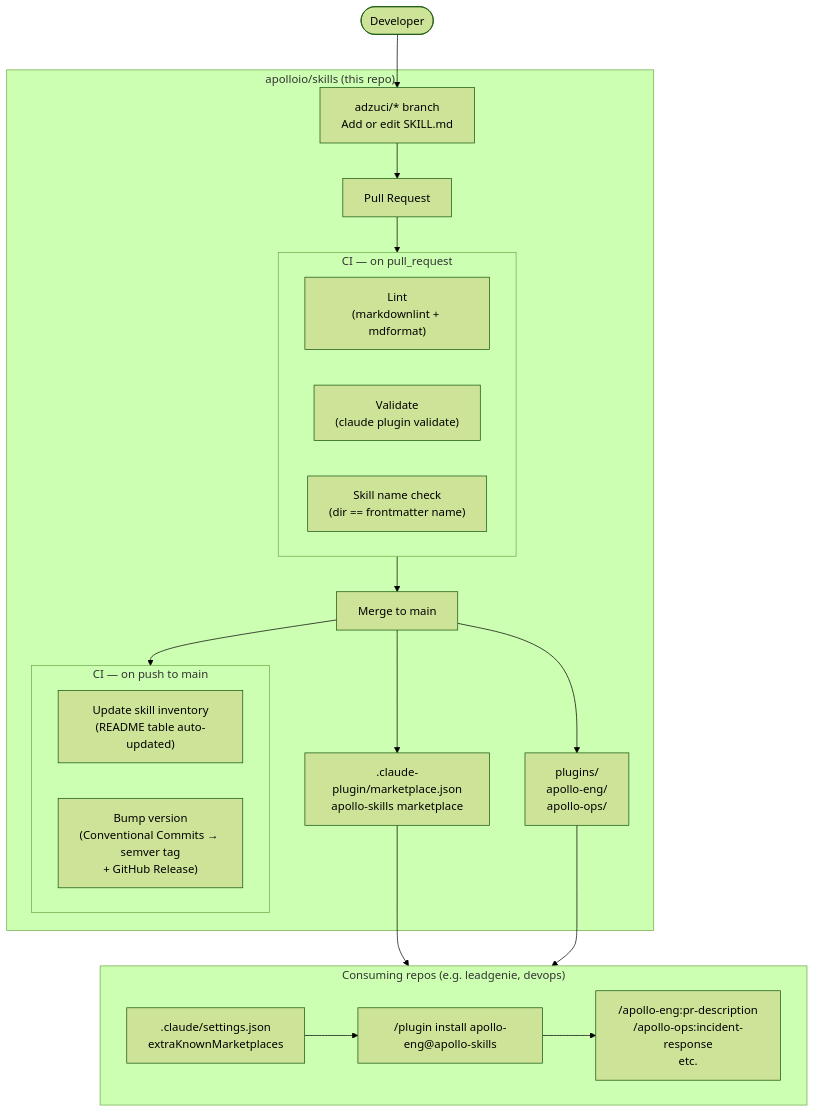
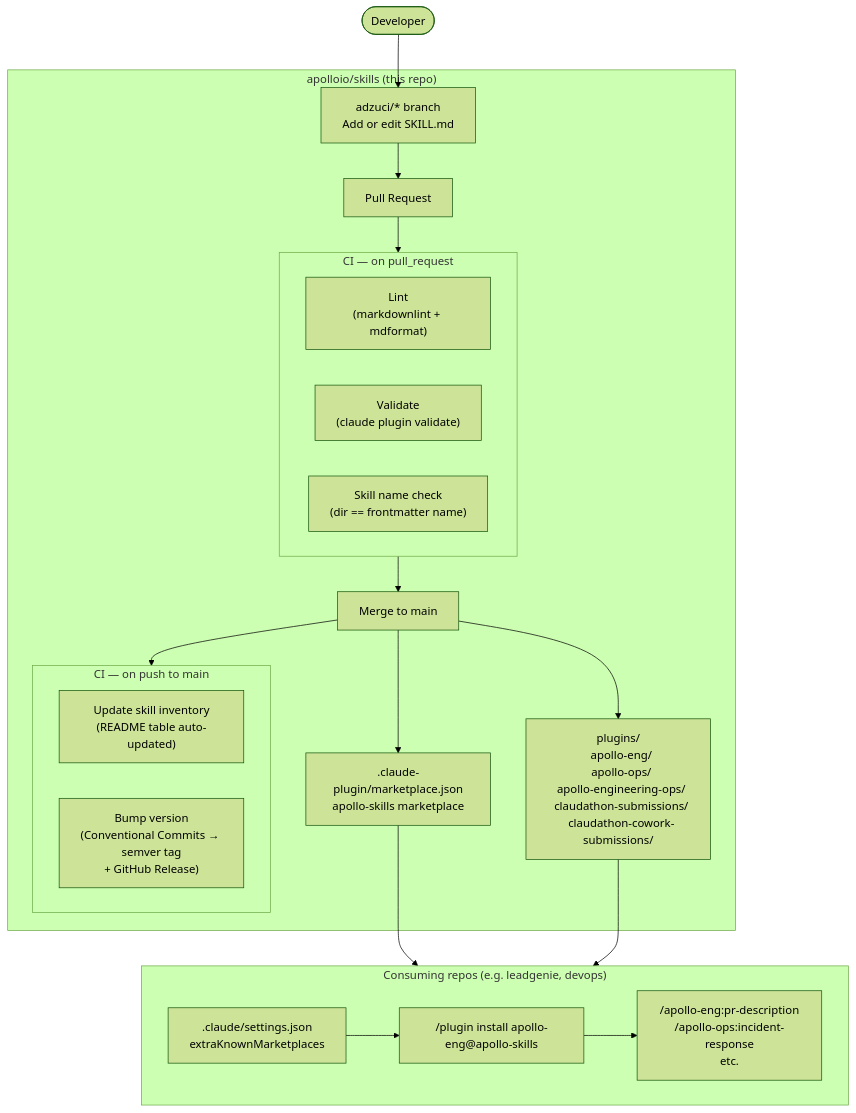
The diagram in README.md (adzuci/claude-plugins), drawn with Mermaid (forest theme) before and after one commit. The commit also changed other lines of this file and 8 other files, not shown here.

````diff
--- a/README.md
+++ b/README.md
@@ -9,39 +9,39 @@
 ```mermaid
 flowchart TD
     dev([Developer])
 
     subgraph repo["apolloio/skills (this repo)"]
         branch["adzuci/* branch\nAdd or edit SKILL.md"]
         pr["Pull Request"]
 
         subgraph ci_pr["CI — on pull_request"]
             lint["Lint\n(markdownlint + mdformat)"]
             validate["Validate\n(claude plugin validate)"]
             namecheck["Skill name check\n(dir == frontmatter name)"]
         end
 
         merge["Merge to main"]
 
         subgraph ci_main["CI — on push to main"]
             inventory["Update skill inventory\n(README table auto-updated)"]
             bump["Bump version\n(Conventional Commits → semver tag\n+ GitHub Release)"]
         end
 
         marketplace[".claude-plugin/marketplace.json\napollo-skills marketplace"]
-        plugins["plugins/\n  apollo-eng/\n  apollo-ops/"]
+        plugins["plugins/\n  apollo-eng/\n  apollo-ops/\n  apollo-engineering-ops/\n  claudathon-submissions/\n  claudathon-cowork-submissions/"]
     end
 
     subgraph consumers["Consuming repos (e.g. leadgenie, devops)"]
         settings[".claude/settings.json\nextraKnownMarketplaces"]
         install["/plugin install apollo-eng@apollo-skills"]
         skill["/apollo-eng:pr-description\n/apollo-ops:incident-response\netc."]
     end
 
     dev --> branch --> pr --> ci_pr
     ci_pr --> merge --> ci_main
     merge --> marketplace
     merge --> plugins
     marketplace --> consumers
     plugins --> consumers
     settings --> install --> skill
 ```
````
